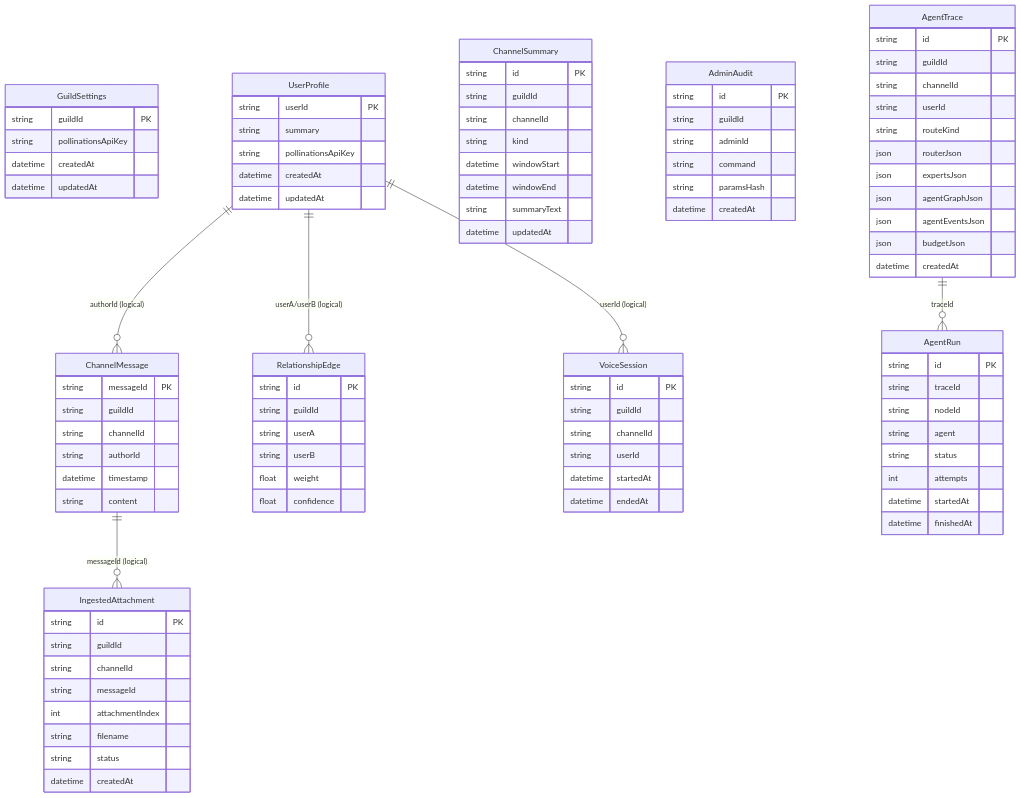
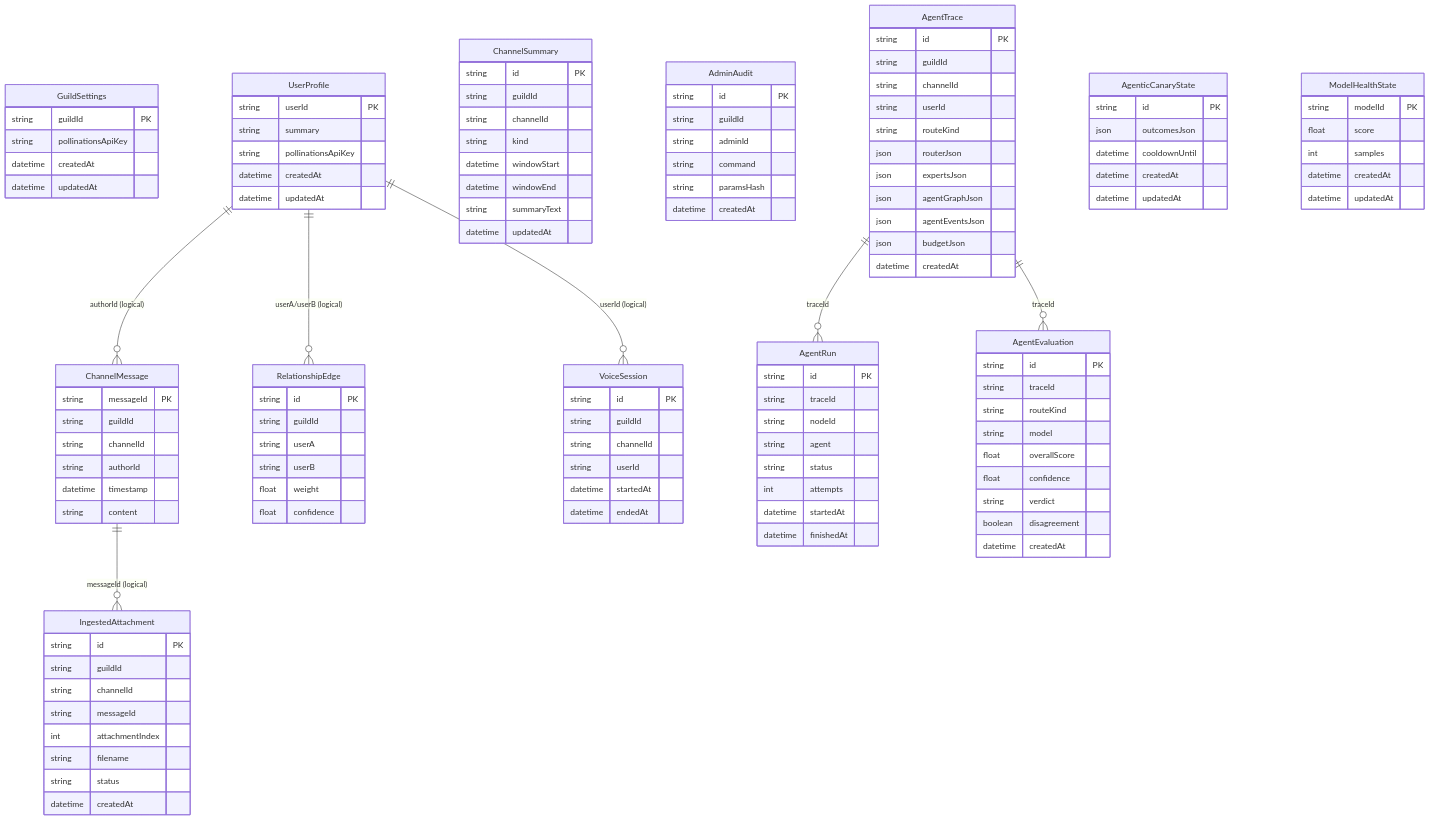
Before and after one commit to BokX1/Sage: the diagram in docs/architecture/DATABASE.md, drawn with Mermaid. The commit also changed other lines of this file and 3 other files, not shown here.

Commit message:
docs: sync defaults with env.ts Zod schema and add missing Prisma models to ERD

````diff
--- a/docs/architecture/DATABASE.md
+++ b/docs/architecture/DATABASE.md
@@ -120,8 +120,37 @@
     }
 
     AgentTrace ||--o{ AgentRun : "traceId"
+    AgentTrace ||--o{ AgentEvaluation : "traceId"
     UserProfile ||--o{ VoiceSession : "userId (logical)"
     UserProfile ||--o{ ChannelMessage : "authorId (logical)"
     ChannelMessage ||--o{ IngestedAttachment : "messageId (logical)"
     UserProfile ||--o{ RelationshipEdge : "userA/userB (logical)"
+
+    AgentEvaluation {
+        string id PK
+        string traceId
+        string routeKind
+        string model
+        float overallScore
+        float confidence
+        string verdict
+        boolean disagreement
+        datetime createdAt
+    }
+
+    AgenticCanaryState {
+        string id PK
+        json outcomesJson
+        datetime cooldownUntil
+        datetime createdAt
+        datetime updatedAt
+    }
+
+    ModelHealthState {
+        string modelId PK
+        float score
+        int samples
+        datetime createdAt
+        datetime updatedAt
+    }
 ```
````
